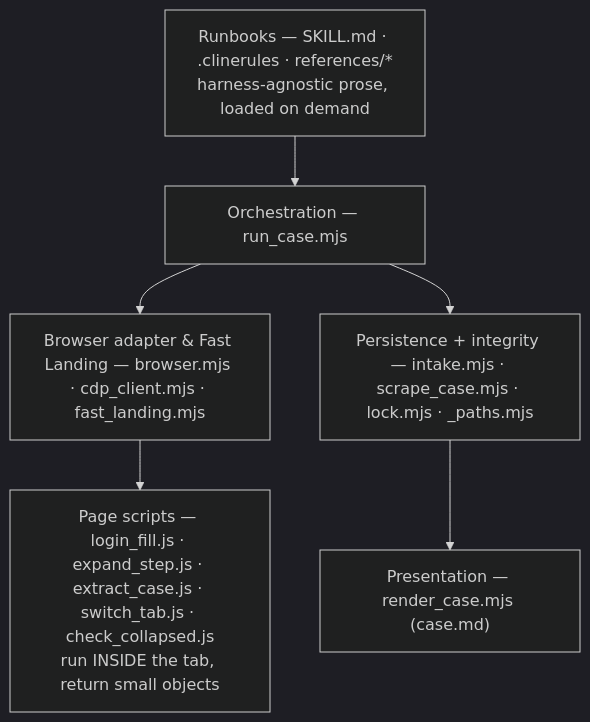
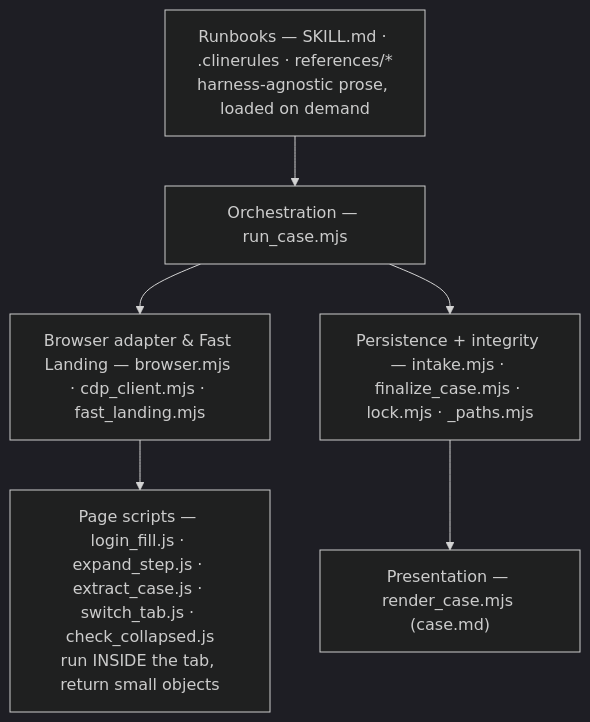
Before and after one commit to congtubkbn/qualcomm-case-agent: the second of 4 diagrams in docs/DESIGN.md, drawn with Mermaid (dark theme). The commit also changed other lines of this file and 1 other file, not shown here.

Commit message:
docs(qcomm): update stale scrape_case.mjs references to finalize_case.mjs (#230)

````diff
--- a/docs/DESIGN.md
+++ b/docs/DESIGN.md
@@ -98,11 +98,11 @@
 ```mermaid
 graph TD
   A["Runbooks — SKILL.md · .clinerules · references/*<br/>harness-agnostic prose, loaded on demand"]
   B["Orchestration — run_case.mjs"]
   C["Browser adapter & Fast Landing — browser.mjs · cdp_client.mjs · fast_landing.mjs"]
   D["Page scripts — login_fill.js · expand_step.js · extract_case.js · switch_tab.js · check_collapsed.js<br/>run INSIDE the tab, return small objects"]
-  E["Persistence + integrity — intake.mjs · scrape_case.mjs · lock.mjs · _paths.mjs"]
+  E["Persistence + integrity — intake.mjs · finalize_case.mjs · lock.mjs · _paths.mjs"]
   F["Presentation — render_case.mjs (case.md)"]
   A --> B --> C --> D
   B --> E --> F
 ```
````
